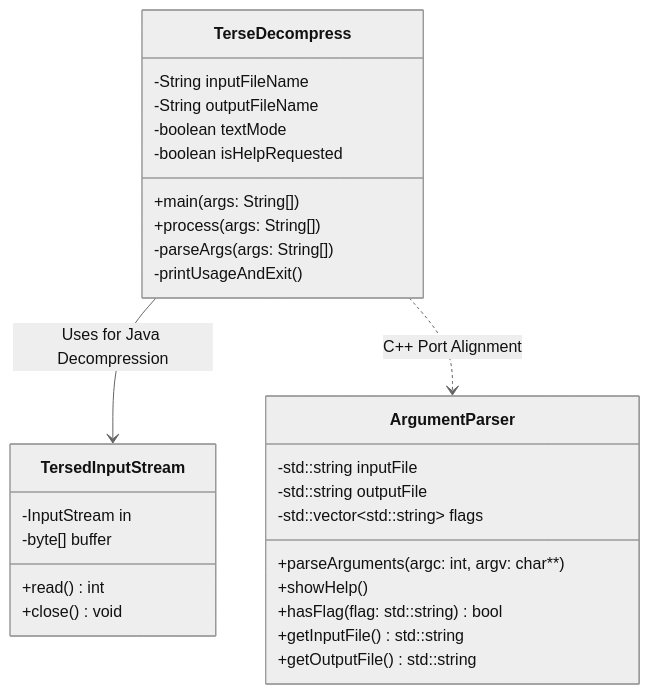
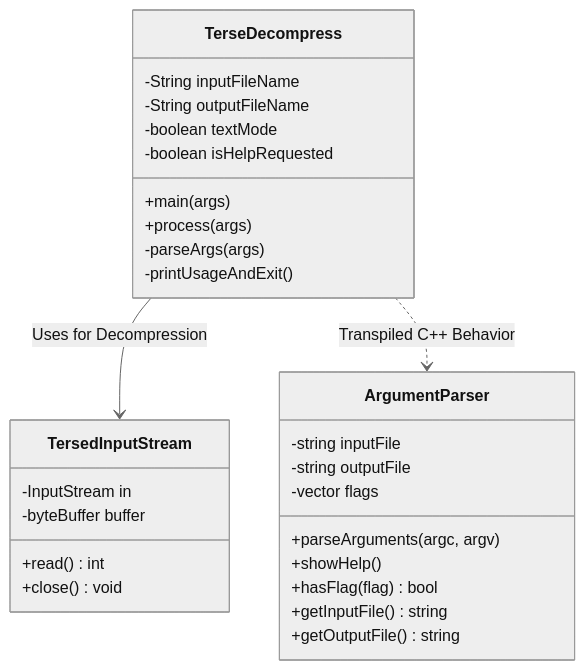
The second of 2 diagrams in docs/contributions/ISSUE-22.md (openmainframeproject/tersedecompress), drawn with Mermaid (neutral theme) before and after one commit. The commit also changed other lines of this file, not shown here.

Commit message:
docs: update sequence and class diagrams with clean Mermaid syntax

````diff
--- a/docs/contributions/ISSUE-22.md
+++ b/docs/contributions/ISSUE-22.md
@@ -59,34 +58,34 @@
 ```mermaid
 classDiagram
     class TerseDecompress {
         -String inputFileName
         -String outputFileName
         -boolean textMode
         -boolean isHelpRequested
-        +main(args: String[])
-        +process(args: String[])
-        -parseArgs(args: String[])
+        +main(args)
+        +process(args)
+        -parseArgs(args)
         -printUsageAndExit()
     }
 
     class ArgumentParser {
-        -std::string inputFile
-        -std::string outputFile
-        -std::vector~std::string~ flags
-        +parseArguments(argc: int, argv: char**)
+        -string inputFile
+        -string outputFile
+        -vector flags
+        +parseArguments(argc, argv)
         +showHelp()
-        +hasFlag(flag: std::string) bool
-        +getInputFile() std::string
-        +getOutputFile() std::string
+        +hasFlag(flag) bool
+        +getInputFile() string
+        +getOutputFile() string
     }
 
     class TersedInputStream {
         -InputStream in
-        -byte[] buffer
+        -byteBuffer buffer
         +read() int
         +close() void
     }
 
-    TerseDecompress --> TersedInputStream : Uses for Java Decompression
-    TerseDecompress ..> ArgumentParser : C++ Port Alignment
+    TerseDecompress --> TersedInputStream : Uses for Decompression
+    TerseDecompress ..> ArgumentParser : Transpiled C++ Behavior
 ```
````
